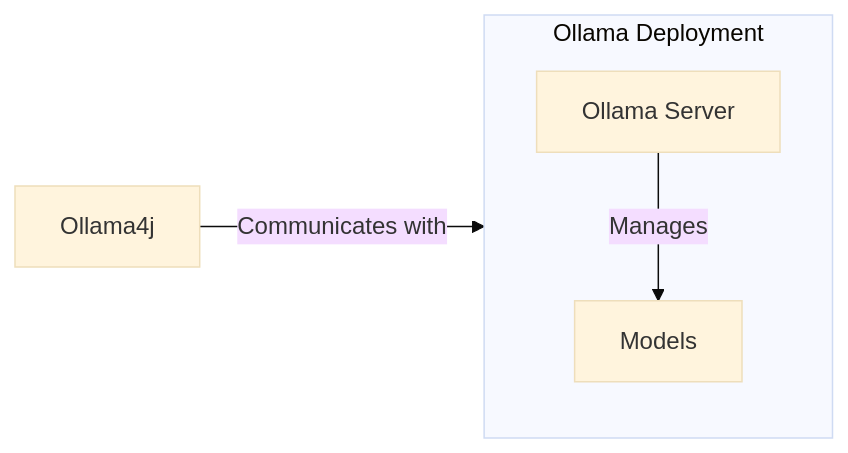
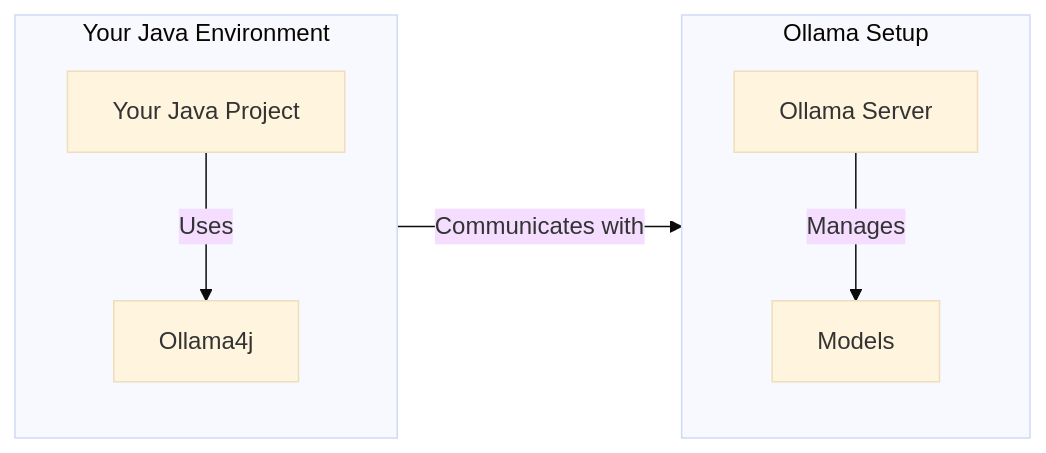
One commit to ollama4j/ollama4j changed the diagram in README.md. Above: the diagram before and after it, drawn with Mermaid (base theme). The commit also changed 11 other files, not shown here.

````diff
--- a/README.md
+++ b/README.md
@@ -93,11 +93,16 @@
 ```mermaid
   flowchart LR
     o4j[Ollama4j]
     o[Ollama Server]
     o4j -->|Communicates with| o;
     m[Models]
-    subgraph Ollama Deployment
+    p[Your Java Project]
+    subgraph Your Java Environment
+        direction TB
+        p -->|Uses| o4j
+    end
+    subgraph Ollama Setup
         direction TB
         o -->|Manages| m
     end
 ```
````
